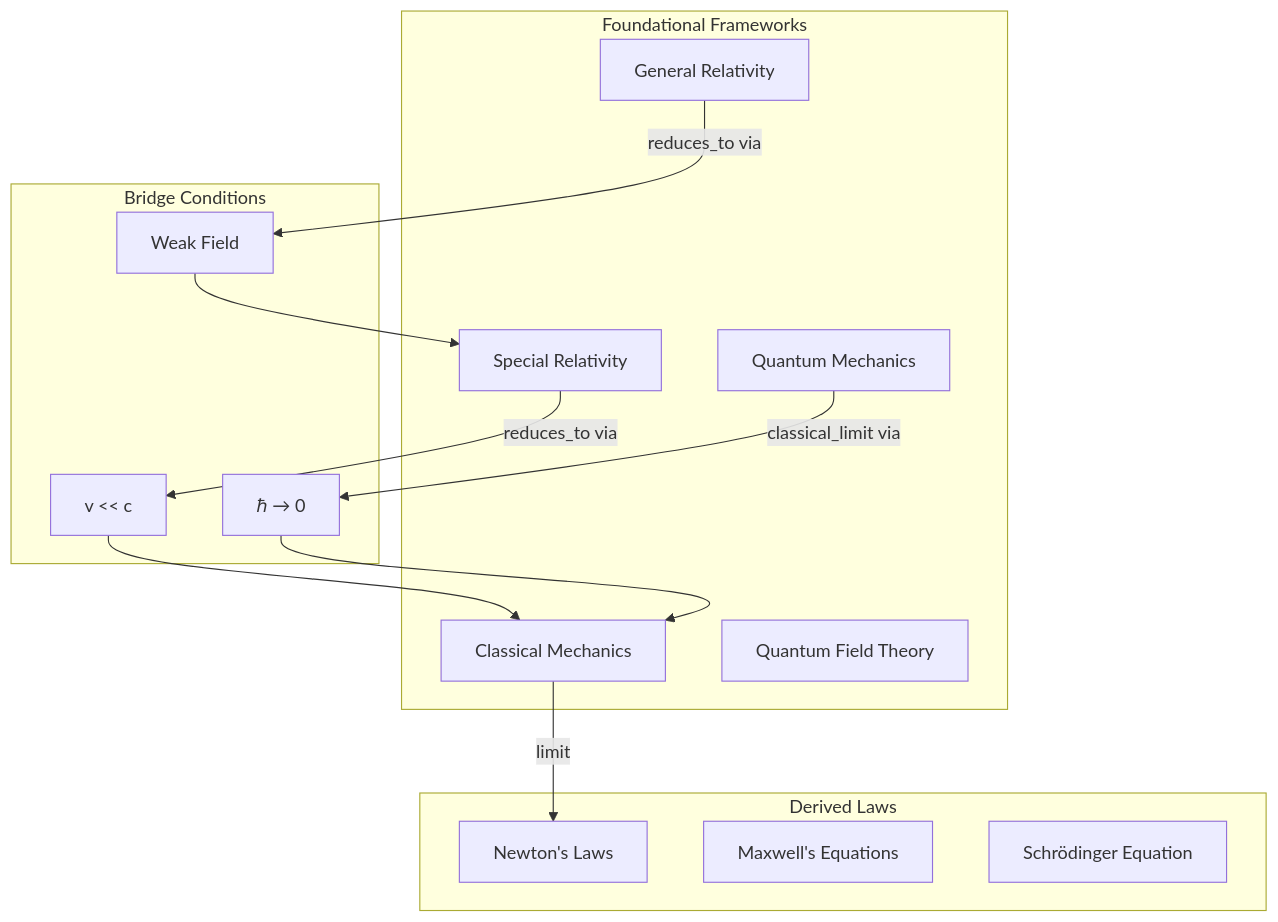
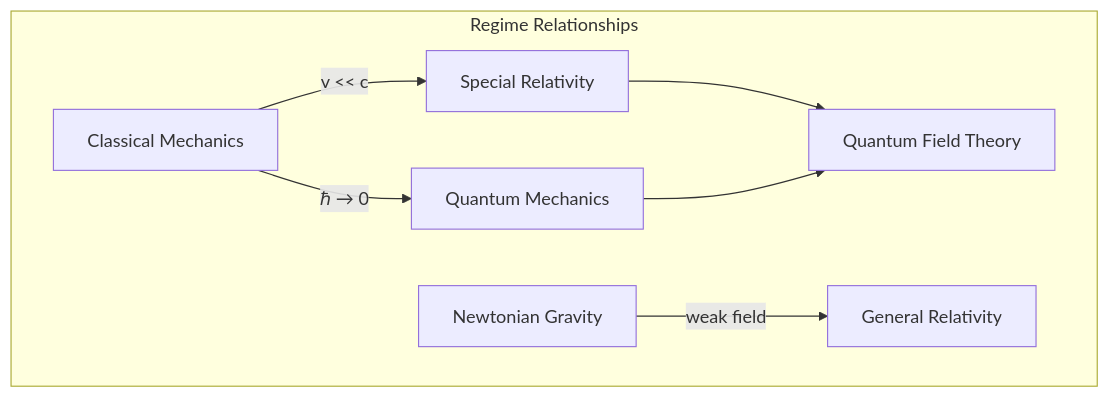
Before and after one commit to mattyv/axiom: the fifth of 6 diagrams in docs/whitepaper/axiom-grounded-truth-for-llms.md, drawn with Mermaid. The commit also changed other lines of this file, not shown here.

````diff
--- a/docs/whitepaper/axiom-grounded-truth-for-llms.md
+++ b/docs/whitepaper/axiom-grounded-truth-for-llms.md
@@ -894,30 +472,17 @@
 ```mermaid
 graph TB
-    subgraph "Foundational Frameworks"
-        F1[Classical Mechanics]
-        F2[Special Relativity]
-        F3[Quantum Mechanics]
-        F4[General Relativity]
-        F5[Quantum Field Theory]
+    subgraph "Regime Relationships"
+        QFT[Quantum Field Theory]
+        GR[General Relativity]
+        QM[Quantum Mechanics]
+        SR[Special Relativity]
+        CM[Classical Mechanics]
+        NG[Newtonian Gravity]
     end
 
-    subgraph "Bridge Conditions"
-        B1[v << c]
-        B2[ℏ → 0]
-        B3[Weak Field]
-    end
-
-    subgraph "Derived Laws"
-        D1[Newton's Laws]
-        D2[Maxwell's Equations]
-        D3[Schrödinger Equation]
-    end
-
-    F1 -->|limit| D1
-    F2 -->|reduces_to via| B1
-    B1 --> F1
-    F3 -->|classical_limit via| B2
-    B2 --> F1
-    F4 -->|reduces_to via| B3
-    B3 --> F2
+    CM -->|"v << c"| SR
+    NG -->|"weak field"| GR
+    CM -->|"ℏ → 0"| QM
+    SR --> QFT
+    QM --> QFT
 ```
````
